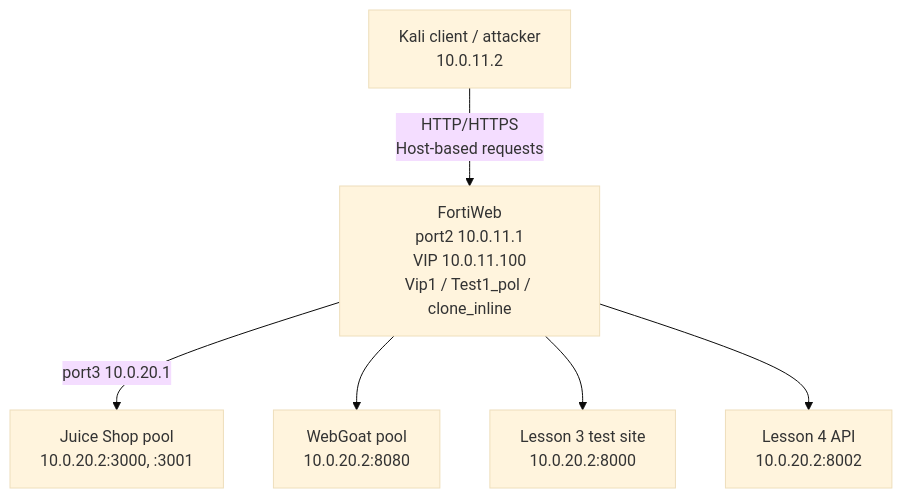
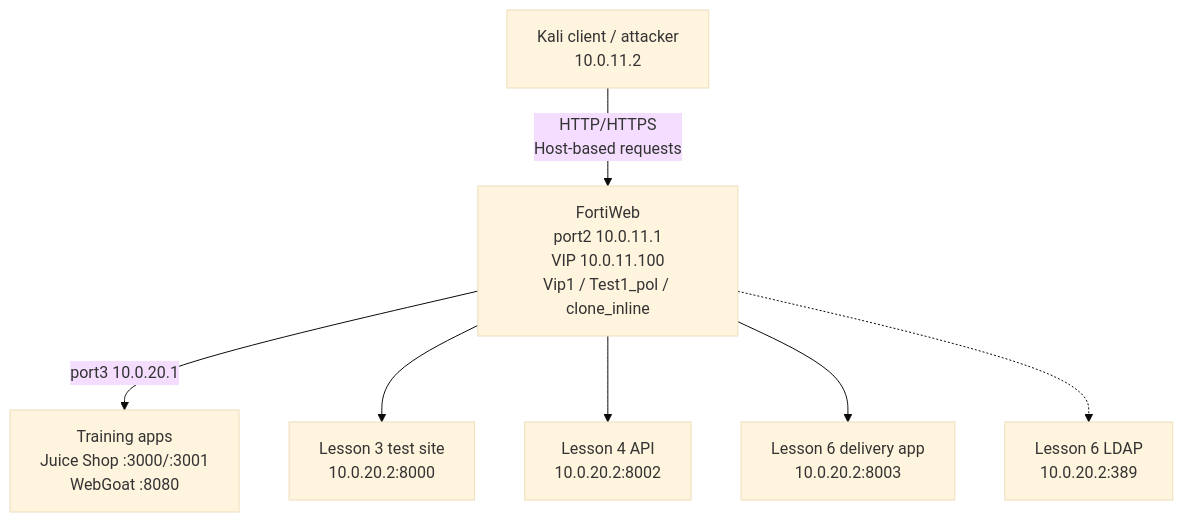
Before and after one commit to abdelrahmanelkady777/fortiweb-waf-security-lab: the diagram in README.md, drawn with Mermaid (base theme). The commit also changed other lines of this file and 33 other files, not shown here.

Commit message:
lesson-06: add integrated application delivery lab

````diff
--- a/README.md
+++ b/README.md
@@ -20,8 +22,9 @@
 ```mermaid
 flowchart TB
     K["Kali client / attacker<br/>10.0.11.2"] -->|"HTTP/HTTPS<br/>Host-based requests"| F["FortiWeb<br/>port2 10.0.11.1<br/>VIP 10.0.11.100<br/>Vip1 / Test1_pol / clone_inline"]
-    F -->|"port3 10.0.20.1"| J["Juice Shop pool<br/>10.0.20.2:3000, :3001"]
-    F --> W["WebGoat pool<br/>10.0.20.2:8080"]
+    F -->|"port3 10.0.20.1"| T["Training apps<br/>Juice Shop :3000/:3001<br/>WebGoat :8080"]
     F --> L3["Lesson 3 test site<br/>10.0.20.2:8000"]
     F --> A["Lesson 4 API<br/>10.0.20.2:8002"]
+    F --> L6["Lesson 6 delivery app<br/>10.0.20.2:8003"]
+    F -.-> LDAP["Lesson 6 LDAP<br/>10.0.20.2:389"]
 ```
````
